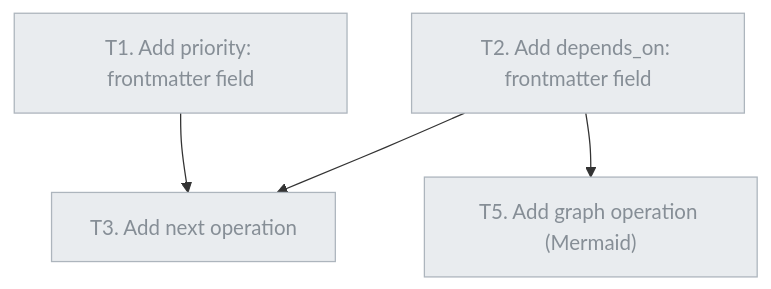
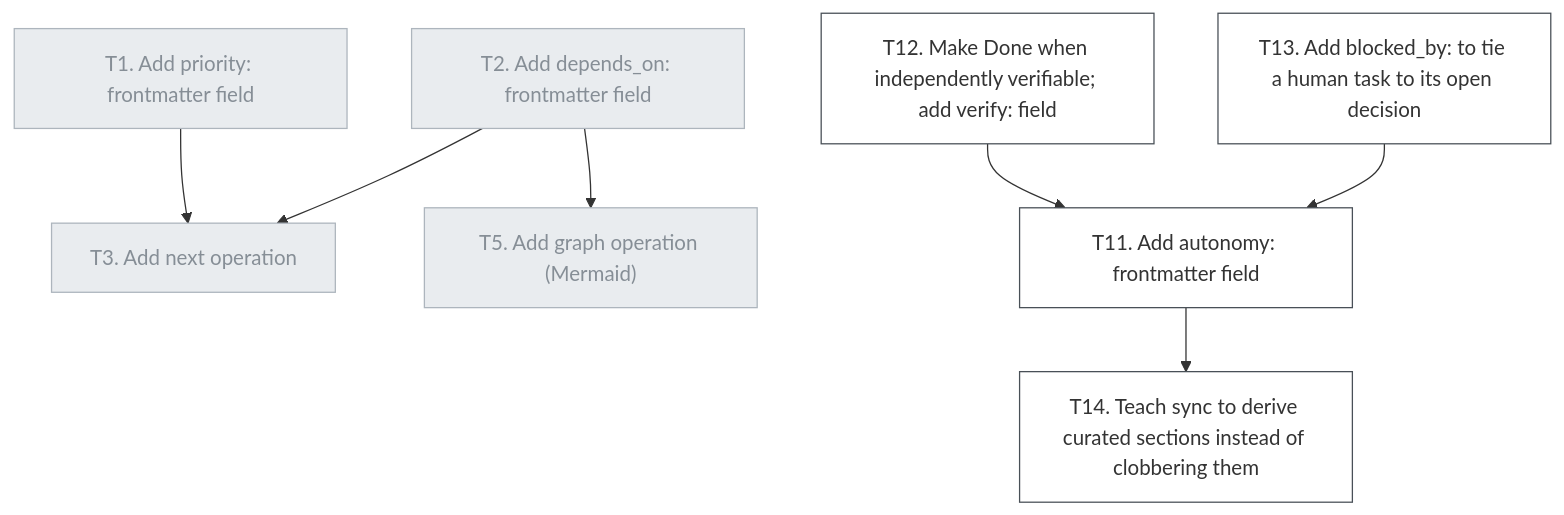
The diagram in docs/tasks/TASK_INDEX.md (luisalima/opentasks-skill), drawn with Mermaid before and after one commit. The commit also changed other lines of this file and 7 other files, not shown here.

````diff
--- a/docs/tasks/TASK_INDEX.md
+++ b/docs/tasks/TASK_INDEX.md
@@ -29,15 +34,22 @@
 ```mermaid
 graph TD
     T1["T1. Add priority: frontmatter field"]:::done
     T2["T2. Add depends_on: frontmatter field"]:::done
     T3["T3. Add next operation"]:::done
     T5["T5. Add graph operation (Mermaid)"]:::done
+    T11["T11. Add autonomy: frontmatter field"]:::todo
+    T12["T12. Make Done when independently verifiable; add verify: field"]:::todo
+    T13["T13. Add blocked_by: to tie a human task to its open decision"]:::todo
+    T14["T14. Teach sync to derive curated sections instead of clobbering them"]:::todo
     T1 --> T3
     T2 --> T3
     T2 --> T5
+    T12 --> T11
+    T13 --> T11
+    T11 --> T14
     classDef todo fill:#ffffff,stroke:#495057
     classDef doing fill:#fff3bf,stroke:#f59f00,stroke-width:2px
     classDef blocked fill:#ffe3e3,stroke:#e03131,stroke-dasharray: 5 5
     classDef done fill:#e9ecef,stroke:#adb5bd,color:#868e96
     classDef missing fill:#ffffff,stroke:#e03131,stroke-dasharray: 2 2,color:#e03131
 ```
````
